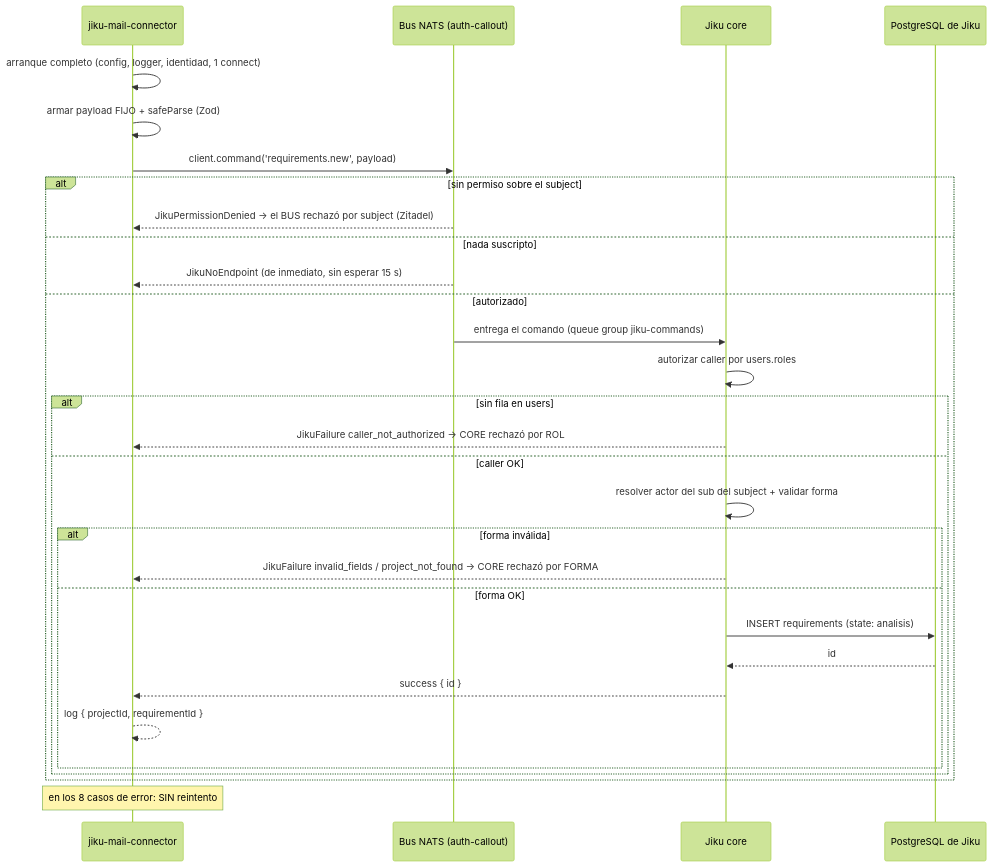
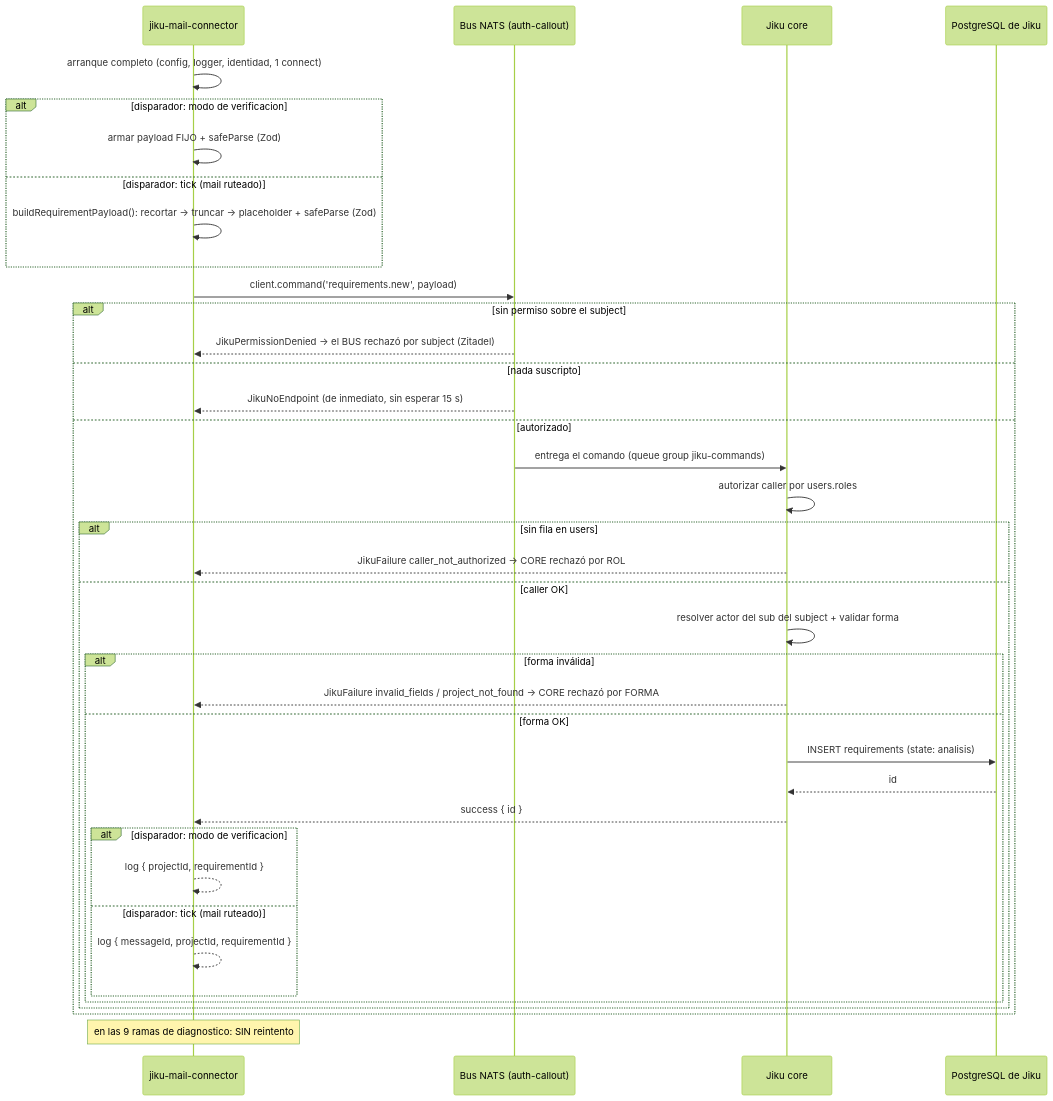
One commit to gravadigital/jiku-email-tickets changed the diagram in docs/flows/publicacion-requirements-new.md. Above: the diagram before and after it, drawn with Mermaid (forest theme). The commit also changed other lines of this file and 13 other files, not shown here.

First line of the commit message:
feat(story-S-016/jiku-mail-connector): cierre de flujos, propiedades y verificacion e2e

````diff
--- a/docs/flows/publicacion-requirements-new.md
+++ b/docs/flows/publicacion-requirements-new.md
@@ -45,33 +51,41 @@
 ```mermaid
 sequenceDiagram
     participant MC as jiku-mail-connector
     participant BUS as Bus NATS (auth-callout)
     participant CORE as Jiku core
     participant DB as PostgreSQL de Jiku
 
     MC->>MC: arranque completo (config, logger, identidad, 1 connect)
-    MC->>MC: armar payload FIJO + safeParse (Zod)
+    alt disparador: modo de verificacion
+        MC->>MC: armar payload FIJO + safeParse (Zod)
+    else disparador: tick (mail ruteado)
+        MC->>MC: buildRequirementPayload(): recortar -> truncar -> placeholder + safeParse (Zod)
+    end
     MC->>BUS: client.command('requirements.new', payload)
     alt sin permiso sobre el subject
         BUS-->>MC: JikuPermissionDenied → el BUS rechazó por subject (Zitadel)
     else nada suscripto
         BUS-->>MC: JikuNoEndpoint (de inmediato, sin esperar 15 s)
     else autorizado
         BUS->>CORE: entrega el comando (queue group jiku-commands)
         CORE->>CORE: autorizar caller por users.roles
         alt sin fila en users
             CORE-->>MC: JikuFailure caller_not_authorized → CORE rechazó por ROL
         else caller OK
             CORE->>CORE: resolver actor del sub del subject + validar forma
             alt forma inválida
                 CORE-->>MC: JikuFailure invalid_fields / project_not_found → CORE rechazó por FORMA
             else forma OK
                 CORE->>DB: INSERT requirements (state: analisis)
                 DB-->>CORE: id
                 CORE-->>MC: success { id }
-                MC-->>MC: log { projectId, requirementId }
+                alt disparador: modo de verificacion
+                    MC-->>MC: log { projectId, requirementId }
+                else disparador: tick (mail ruteado)
+                    MC-->>MC: log { messageId, projectId, requirementId }
+                end
             end
         end
     end
-    Note over MC: en los 8 casos de error: SIN reintento
+    Note over MC: en las 9 ramas de diagnostico: SIN reintento
 ```
````
